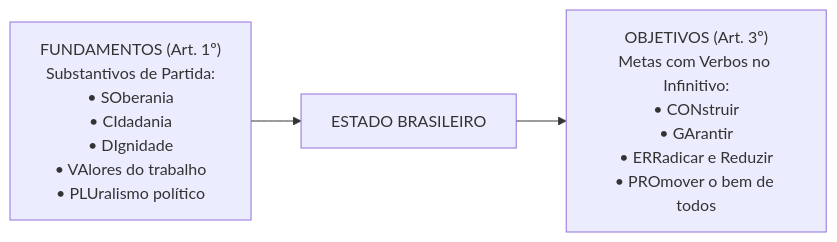
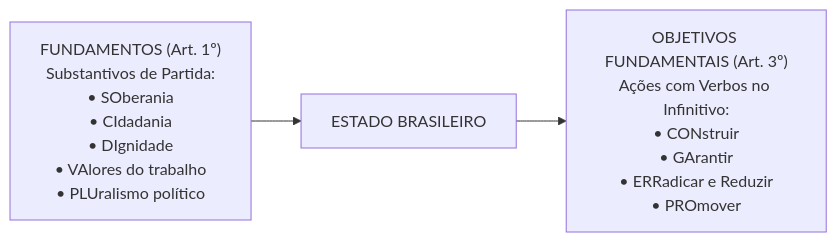
Before and after one commit to thiagosantos346/TCE-GO-2027: the second of 2 diagrams in fontes_de_estudo/conhecimentos_especificos_a01_tecnico_administrativo/17_nocoes_de_direito_constitucional/01_aplicabilidade_das_normas_e_principios_fundamentais.md, drawn with Mermaid. The commit also changed other lines of this file and 119 other files, not shown here.

````diff
--- a/fontes_de_estudo/conhecimentos_especificos_a01_tecnico_administrativo/17_nocoes_de_direito_constitucional/01_aplicabilidade_das_normas_e_principios_fundamentais.md
+++ b/fontes_de_estudo/conhecimentos_especificos_a01_tecnico_administrativo/17_nocoes_de_direito_constitucional/01_aplicabilidade_das_normas_e_principios_fundamentais.md
@@ -99,5 +118,5 @@
 ```mermaid
 flowchart LR
-    F["FUNDAMENTOS (Art. 1º)<br/>Substantivos de Partida:<br/>• SOberania<br/>• CIdadania<br/>• DIgnidade<br/>• VAlores do trabalho<br/>• PLUralismo político"] --> EST["ESTADO BRASILEIRO"]
-    EST --> O["OBJETIVOS (Art. 3º)<br/>Metas com Verbos no Infinitivo:<br/>• CONstruir<br/>• GArantir<br/>• ERRadicar e Reduzir<br/>• PROmover o bem de todos"]
+    F["FUNDAMENTOS (Art. 1º)<br/>Substantivos de Partida:<br/>• SOberania<br/>• CIdadania<br/>• DIgnidade<br/>• VAlores do trabalho<br/>• PLUralismo político"] --> ESTADO["ESTADO BRASILEIRO"]
+    ESTADO --> OBJ["OBJETIVOS FUNDAMENTAIS (Art. 3º)<br/>Ações com Verbos no Infinitivo:<br/>• CONstruir<br/>• GArantir<br/>• ERRadicar e Reduzir<br/>• PROmover"]
 ```
````
